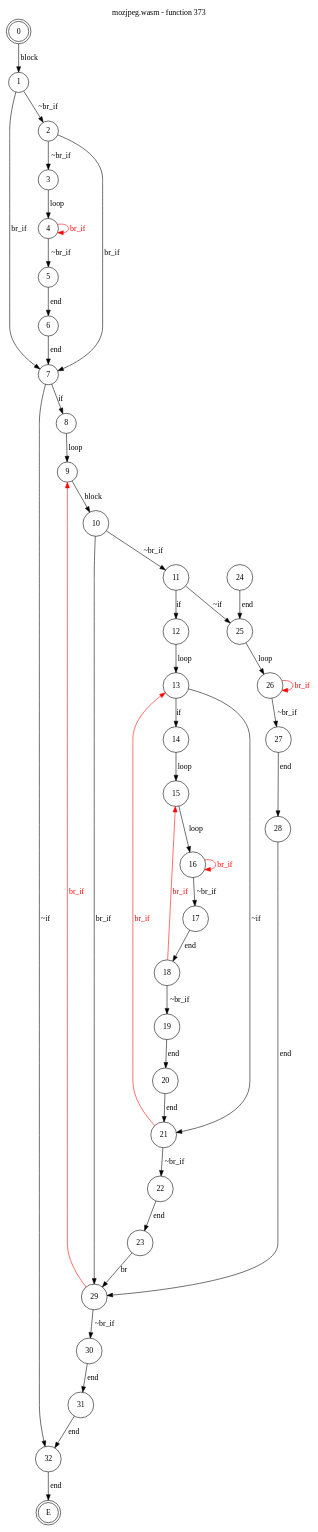
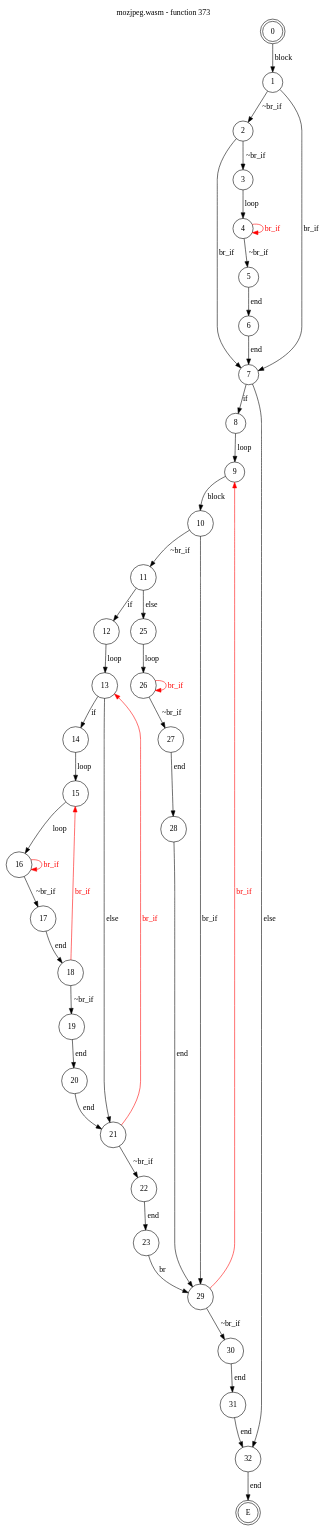
One commit to jsCarleton/wanalyze changed the diagram in test_cases/mozjpeg/funcs/mozjpeg-func373.dot. Above: the diagram before and after it, drawn with Graphviz. The commit also changed 102512 other files, not shown here.

```diff
--- a/test_cases/mozjpeg/funcs/mozjpeg-func373.dot
+++ b/test_cases/mozjpeg/funcs/mozjpeg-func373.dot
@@ -1,54 +1,53 @@
 digraph finite_state_machine {
     label = "mozjpeg.wasm - function 373"
     labelloc =  t
     labelfontsize = 16
     labelfontcolor = black
     labelfontname = "Helvetica"
     node [shape = doublecircle]; 0 E ;
     node [shape = circle];
     0 -> 1[label="block"];
     1 -> 2[label="~br_if"];
     1 -> 7[label="br_if"];
     2 -> 3[label="~br_if"];
     2 -> 7[label="br_if"];
     3 -> 4[label="loop"];
     4 -> 5[label="~br_if"];
     4 -> 4[color="red" fontcolor="red" label="br_if"];
     5 -> 6[label="end"];
     6 -> 7[label="end"];
     7 -> 8[label="if"];
-    7 -> 32[label="~if"];
+    7 -> 32[label="else"];
     8 -> 9[label="loop"];
     9 -> 10[label="block"];
     10 -> 11[label="~br_if"];
     10 -> 29[label="br_if"];
     11 -> 12[label="if"];
-    11 -> 25[label="~if"];
+    11 -> 25[label="else"];
     12 -> 13[label="loop"];
     13 -> 14[label="if"];
-    13 -> 21[label="~if"];
+    13 -> 21[label="else"];
     14 -> 15[label="loop"];
     15 -> 16[label="loop"];
     16 -> 17[label="~br_if"];
     16 -> 16[color="red" fontcolor="red" label="br_if"];
     17 -> 18[label="end"];
     18 -> 19[label="~br_if"];
     18 -> 15[color="red" fontcolor="red" label="br_if"];
     19 -> 20[label="end"];
     20 -> 21[label="end"];
     21 -> 22[label="~br_if"];
     21 -> 13[color="red" fontcolor="red" label="br_if"];
     22 -> 23[label="end"];
     23 -> 29[label="br"];
-    24 -> 25[label="end"];
     25 -> 26[label="loop"];
     26 -> 27[label="~br_if"];
     26 -> 26[color="red" fontcolor="red" label="br_if"];
     27 -> 28[label="end"];
     28 -> 29[label="end"];
     29 -> 30[label="~br_if"];
     29 -> 9[color="red" fontcolor="red" label="br_if"];
     30 -> 31[label="end"];
     31 -> 32[label="end"];
     32 -> E[label="end"];
 }
```
